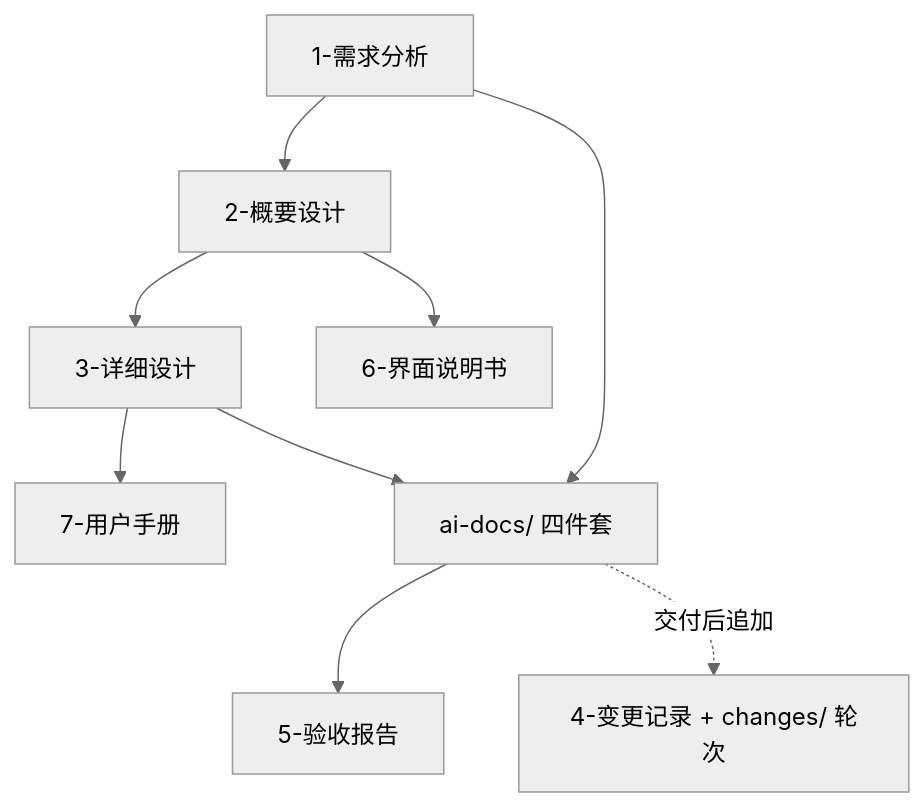
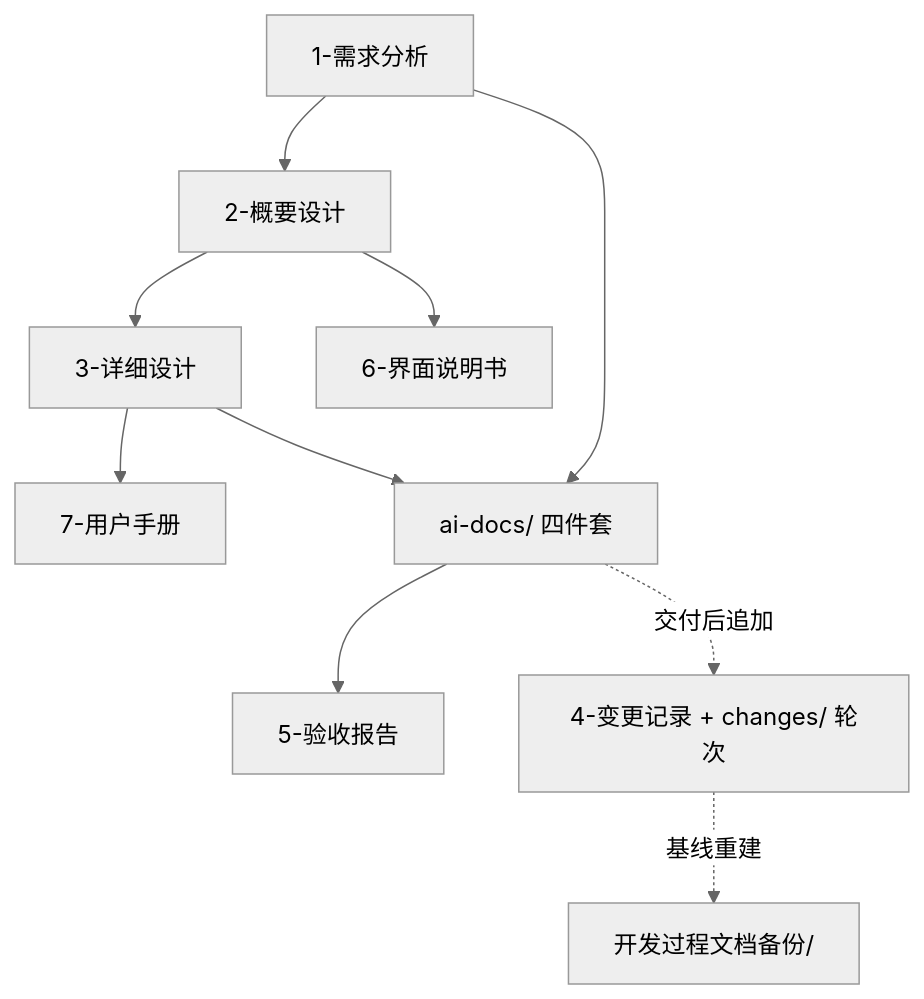
The diagram in spec-forge-fullstack/templates/doc-nav.md (ankygithub/anky_ai_skill), drawn with Mermaid (neutral theme) before and after one commit. The commit also changed other lines of this file and 6 other files, not shown here.

````diff
--- a/spec-forge-fullstack/templates/doc-nav.md
+++ b/spec-forge-fullstack/templates/doc-nav.md
@@ -40,11 +40,12 @@
 ```mermaid
 flowchart TB
     RA[1-需求分析] --> HLD[2-概要设计]
     HLD --> DLD[3-详细设计]
     HLD --> UI[6-界面说明书]
     DLD --> UM[7-用户手册]
     RA --> AI[ai-docs/ 四件套]
     DLD --> AI
     AI --> AR[5-验收报告]
     AI -.交付后追加.-> CHG[4-变更记录 + changes/ 轮次]
+    CHG -.基线重建.-> BK[开发过程文档备份/]
 ```
````
